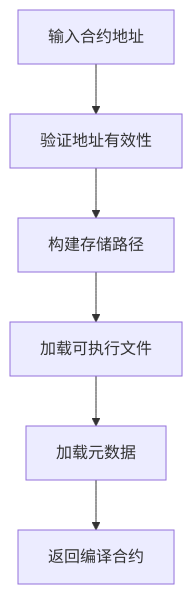
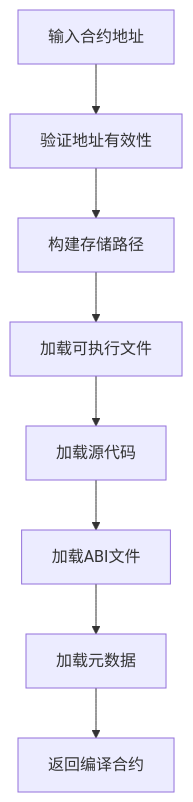
Before and after one commit to lengzhao/vm: the third of 5 diagrams in docs/detailed_design/storage_manager_detailed_design.md, drawn with Mermaid. The commit also changed other lines of this file and 12 other files, not shown here.

````diff
--- a/docs/detailed_design/storage_manager_detailed_design.md
+++ b/docs/detailed_design/storage_manager_detailed_design.md
@@ -127,8 +131,10 @@
 ```mermaid
 graph TD
 A[输入合约地址] --> B[验证地址有效性]
 B --> C[构建存储路径]
 C --> D[加载可执行文件]
-D --> E[加载元数据]
-E --> F[返回编译合约]
+D --> E[加载源代码]
+E --> F[加载ABI文件]
+F --> G[加载元数据]
+G --> H[返回编译合约]
 ```
````
